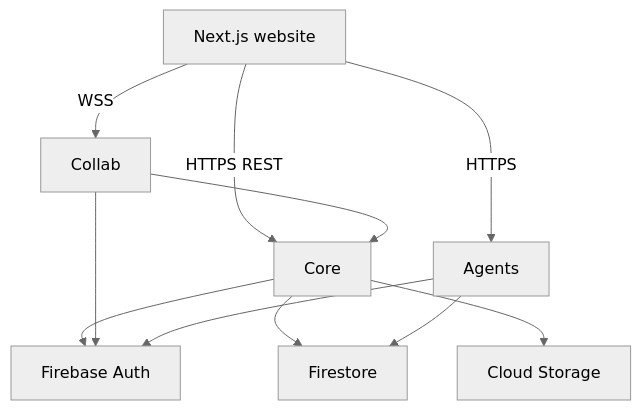
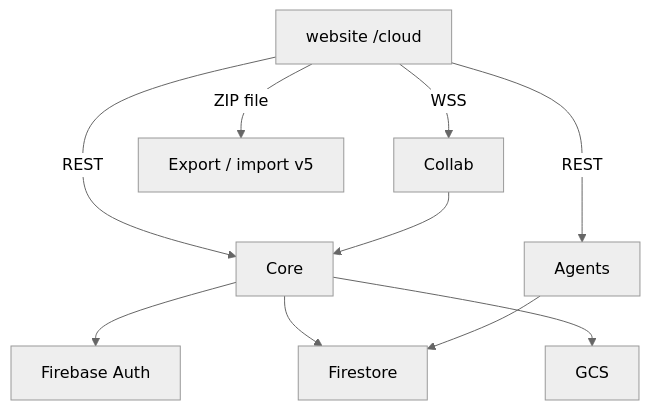
One commit to msoe-vex/engineering-notebook-editor changed the diagram in docs/microservices-architecture.md. Above: the diagram before and after it, drawn with Mermaid (neutral theme). The commit also changed other lines of this file and 11 other files, not shown here.

````diff
--- a/docs/microservices-architecture.md
+++ b/docs/microservices-architecture.md
@@ -20,14 +19,13 @@
 ```mermaid
 flowchart TB
-  Client["Next.js website"]
-  Client -->|HTTPS REST| Core["Core"]
-  Client -->|WSS| Collab["Collab"]
-  Client -->|HTTPS| Agents["Agents"]
+  Client["website /cloud"]
+  Client -->|REST| Core
+  Client -->|WSS| Collab
+  Client -->|REST| Agents
+  Client -->|ZIP file| Zip["Export / import v5"]
   Core --> Auth["Firebase Auth"]
   Core --> FS["Firestore"]
-  Core --> GCS["Cloud Storage"]
-  Collab --> Auth
+  Core --> GCS["GCS"]
   Collab --> Core
-  Agents --> Auth
   Agents --> FS
 ```
````
